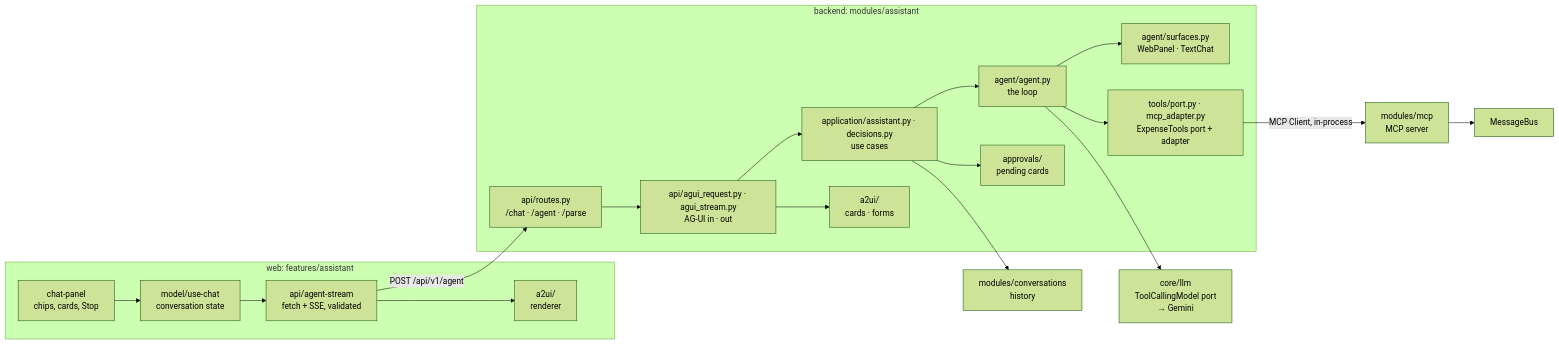
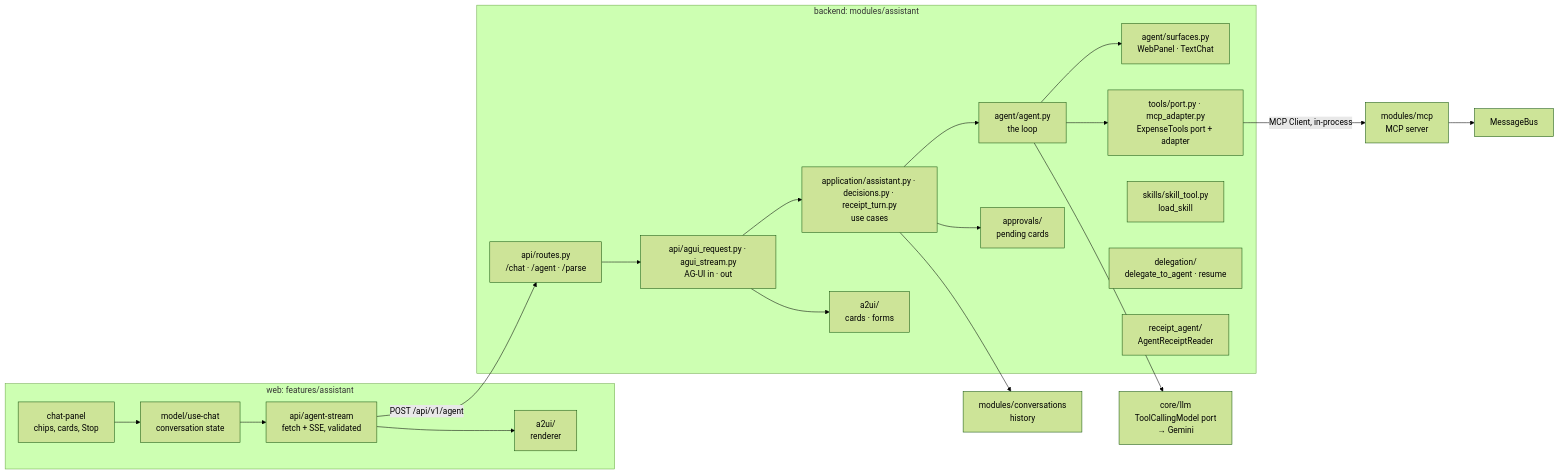
Before and after one commit to primecoderIN/trackwise.ai: the first of 6 diagrams in docs/assistant_architecture.md, drawn with Mermaid (forest theme). The commit also changed 203 other files, not shown here.

````diff
--- a/docs/assistant_architecture.md
+++ b/docs/assistant_architecture.md
@@ -9,35 +9,38 @@
 ```mermaid
 flowchart LR
     subgraph Web ["web: features/assistant"]
         PANEL["chat-panel<br/>chips, cards, Stop"]
         CHAT["model/use-chat<br/>conversation state"]
         STREAM["api/agent-stream<br/>fetch + SSE, validated"]
         RENDER["a2ui/<br/>renderer"]
     end
 
     subgraph Assistant ["backend: modules/assistant"]
         API["api/routes.py<br/>/chat · /agent · /parse"]
         AGUI["api/agui_request.py · agui_stream.py<br/>AG-UI in · out"]
-        TURNS["application/assistant.py · decisions.py<br/>use cases"]
+        TURNS["application/assistant.py · decisions.py · receipt_turn.py<br/>use cases"]
         AGENT["agent/agent.py<br/>the loop"]
         SURF["agent/surfaces.py<br/>WebPanel · TextChat"]
         TOOLS["tools/port.py · mcp_adapter.py<br/>ExpenseTools port + adapter"]
+        SKILLS["skills/skill_tool.py<br/>load_skill"]
+        DELEG["delegation/<br/>delegate_to_agent · resume"]
+        RECAG["receipt_agent/<br/>AgentReceiptReader"]
         APPROVALS["approvals/<br/>pending cards"]
         A2UI["a2ui/<br/>cards · forms"]
     end
 
     LLM["core/llm<br/>ToolCallingModel port<br/>→ Gemini"]
     MCPS["modules/mcp<br/>MCP server"]
     CONV["modules/conversations<br/>history"]
     BUS["MessageBus"]
 
     PANEL --> CHAT --> STREAM -->|"POST /api/v1/agent"| API
     API --> AGUI --> TURNS --> AGENT
     AGENT --> SURF
     AGENT --> LLM
     AGENT --> TOOLS -->|"MCP Client, in-process"| MCPS --> BUS
     TURNS --> CONV
     TURNS --> APPROVALS
     AGUI --> A2UI
     STREAM --> RENDER
 ```
````
